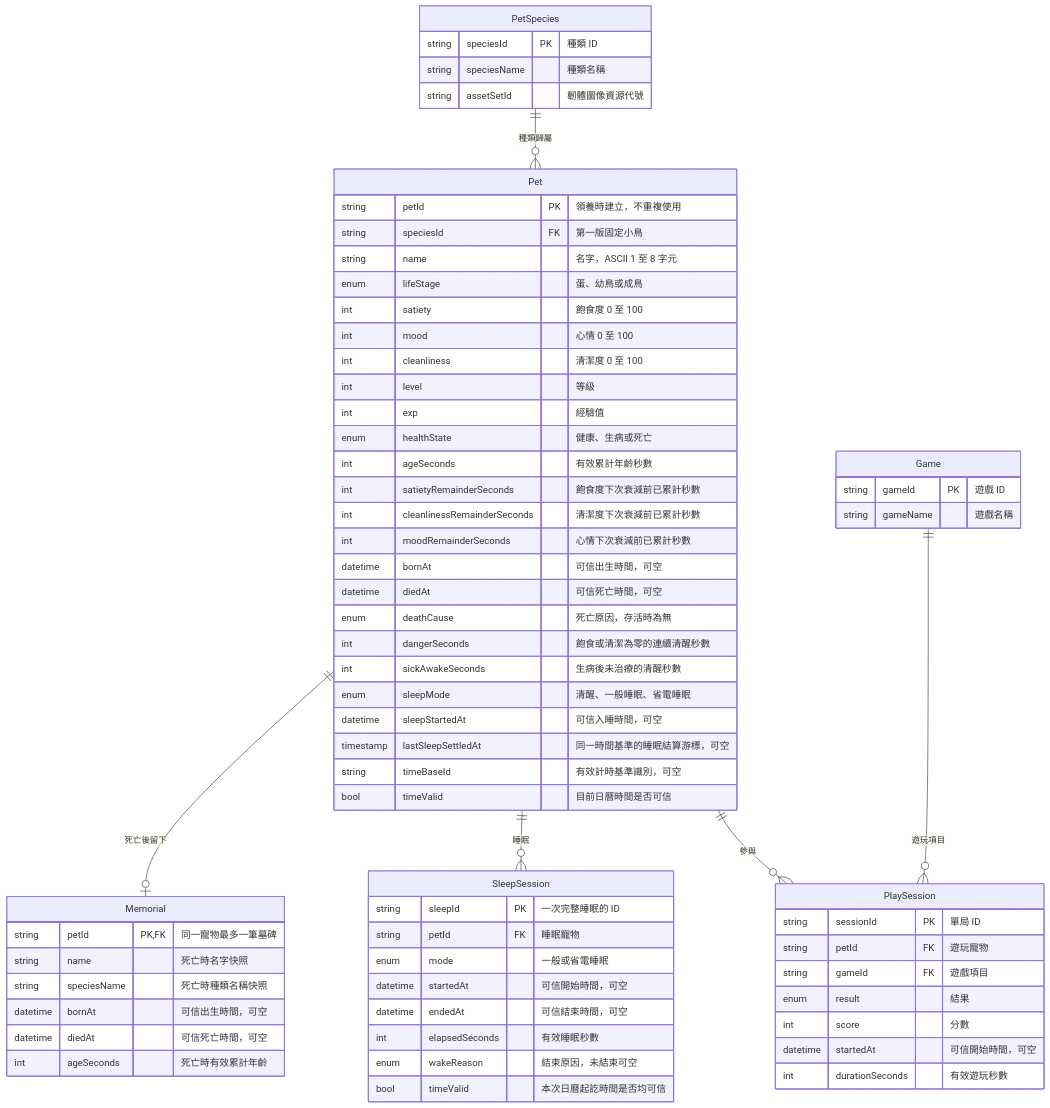
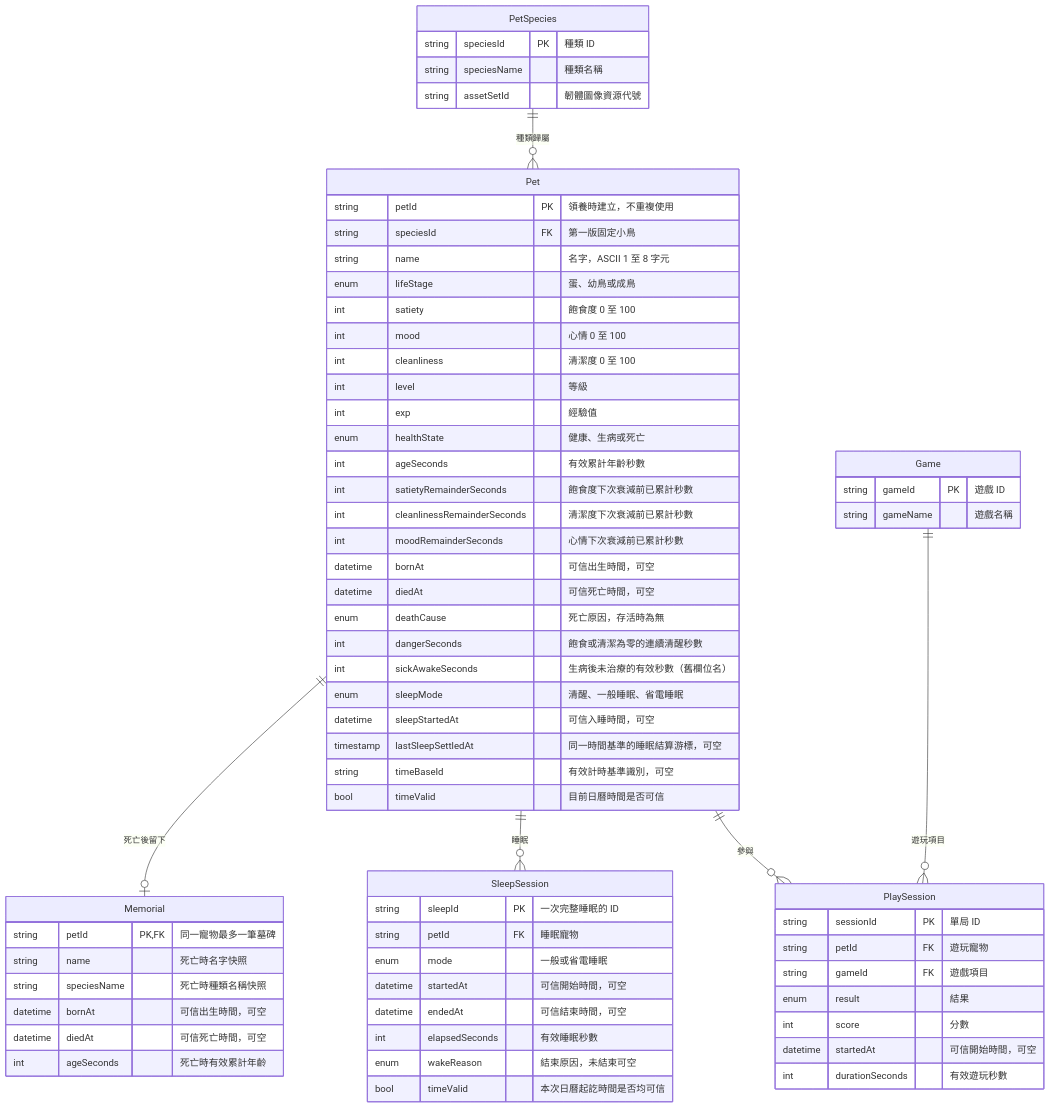
Before and after one commit to fuling0519/ESP32-Electronic-Pet: the diagram in docs/database-erd.md, drawn with Mermaid. The commit also changed other lines of this file and 15 other files, not shown here.

````diff
--- a/docs/database-erd.md
+++ b/docs/database-erd.md
@@ -11,71 +11,71 @@
 ```mermaid
 erDiagram
     PetSpecies ||--o{ Pet : "種類歸屬"
     Pet ||--o{ PlaySession : "參與"
     Game ||--o{ PlaySession : "遊玩項目"
     Pet ||--o{ SleepSession : "睡眠"
     Pet ||--o| Memorial : "死亡後留下"
 
     PetSpecies {
         string speciesId PK "種類 ID"
         string speciesName "種類名稱"
         string assetSetId "韌體圖像資源代號"
     }
     Pet {
         string petId PK "領養時建立，不重複使用"
         string speciesId FK "第一版固定小鳥"
         string name "名字，ASCII 1 至 8 字元"
         enum lifeStage "蛋、幼鳥或成鳥"
         int satiety "飽食度 0 至 100"
         int mood "心情 0 至 100"
         int cleanliness "清潔度 0 至 100"
         int level "等級"
         int exp "經驗值"
         enum healthState "健康、生病或死亡"
         int ageSeconds "有效累計年齡秒數"
         int satietyRemainderSeconds "飽食度下次衰減前已累計秒數"
         int cleanlinessRemainderSeconds "清潔度下次衰減前已累計秒數"
         int moodRemainderSeconds "心情下次衰減前已累計秒數"
         datetime bornAt "可信出生時間，可空"
         datetime diedAt "可信死亡時間，可空"
         enum deathCause "死亡原因，存活時為無"
         int dangerSeconds "飽食或清潔為零的連續清醒秒數"
-        int sickAwakeSeconds "生病後未治療的清醒秒數"
+        int sickAwakeSeconds "生病後未治療的有效秒數（舊欄位名）"
         enum sleepMode "清醒、一般睡眠、省電睡眠"
         datetime sleepStartedAt "可信入睡時間，可空"
         timestamp lastSleepSettledAt "同一時間基準的睡眠結算游標，可空"
         string timeBaseId "有效計時基準識別，可空"
         bool timeValid "目前日曆時間是否可信"
     }
     Game {
         string gameId PK "遊戲 ID"
         string gameName "遊戲名稱"
     }
     PlaySession {
         string sessionId PK "單局 ID"
         string petId FK "遊玩寵物"
         string gameId FK "遊戲項目"
         enum result "結果"
         int score "分數"
         datetime startedAt "可信開始時間，可空"
         int durationSeconds "有效遊玩秒數"
     }
     SleepSession {
         string sleepId PK "一次完整睡眠的 ID"
         string petId FK "睡眠寵物"
         enum mode "一般或省電睡眠"
         datetime startedAt "可信開始時間，可空"
         datetime endedAt "可信結束時間，可空"
         int elapsedSeconds "有效睡眠秒數"
         enum wakeReason "結束原因，未結束可空"
         bool timeValid "本次日曆起訖時間是否均可信"
     }
     Memorial {
         string petId PK, FK "同一寵物最多一筆墓碑"
         string name "死亡時名字快照"
         string speciesName "死亡時種類名稱快照"
         datetime bornAt "可信出生時間，可空"
         datetime diedAt "可信死亡時間，可空"
         int ageSeconds "死亡時有效累計年齡"
     }
 ```
````
